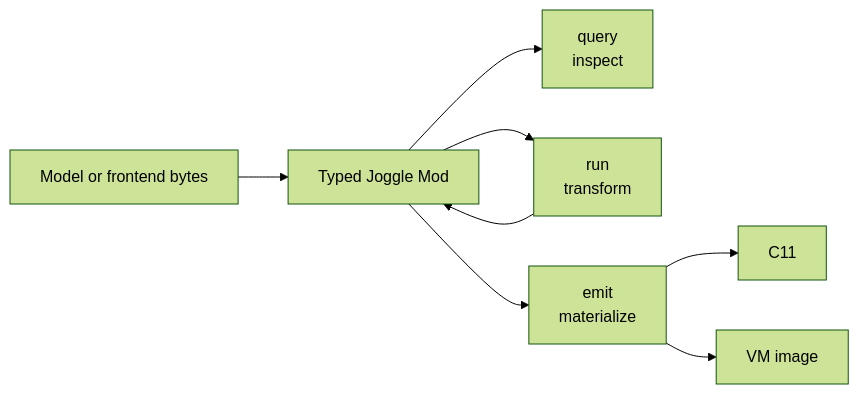
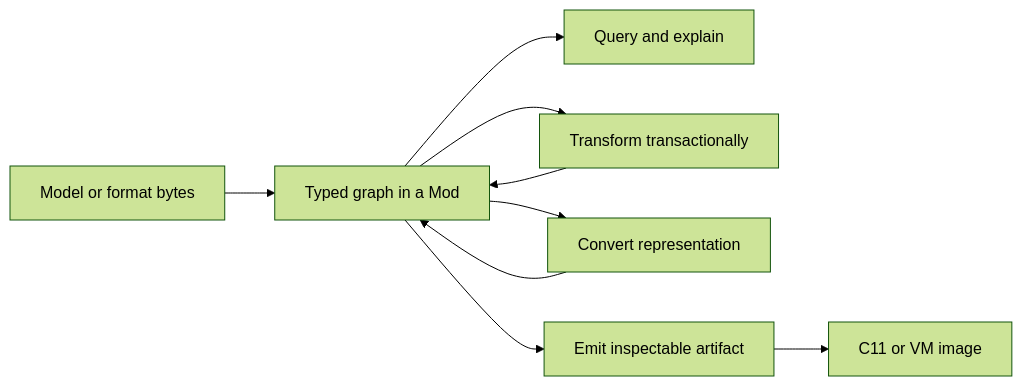
Before and after one commit to lancerstadium/joggle: the diagram in README.md, drawn with Mermaid (forest theme). The commit also changed other lines of this file and 14 other files, not shown here.

````diff
--- a/README.md
+++ b/README.md
@@ -46,10 +90,11 @@
 ```mermaid
 flowchart LR
-    A[Model or frontend bytes] --> B[Typed Joggle Mod]
-    B --> Q[query<br/>inspect]
-    B --> R[run<br/>transform]
-    R --> B
-    B --> E[emit<br/>materialize]
-    E --> C[C11]
-    E --> V[VM image]
+  A[Model or format bytes] --> B[Typed graph in a Mod]
+  B --> Q[Query and explain]
+  B --> T[Transform transactionally]
+  T --> B
+  B --> C[Convert representation]
+  C --> B
+  B --> E[Emit inspectable artifact]
+  E --> O[C11 or VM image]
 ```
````
